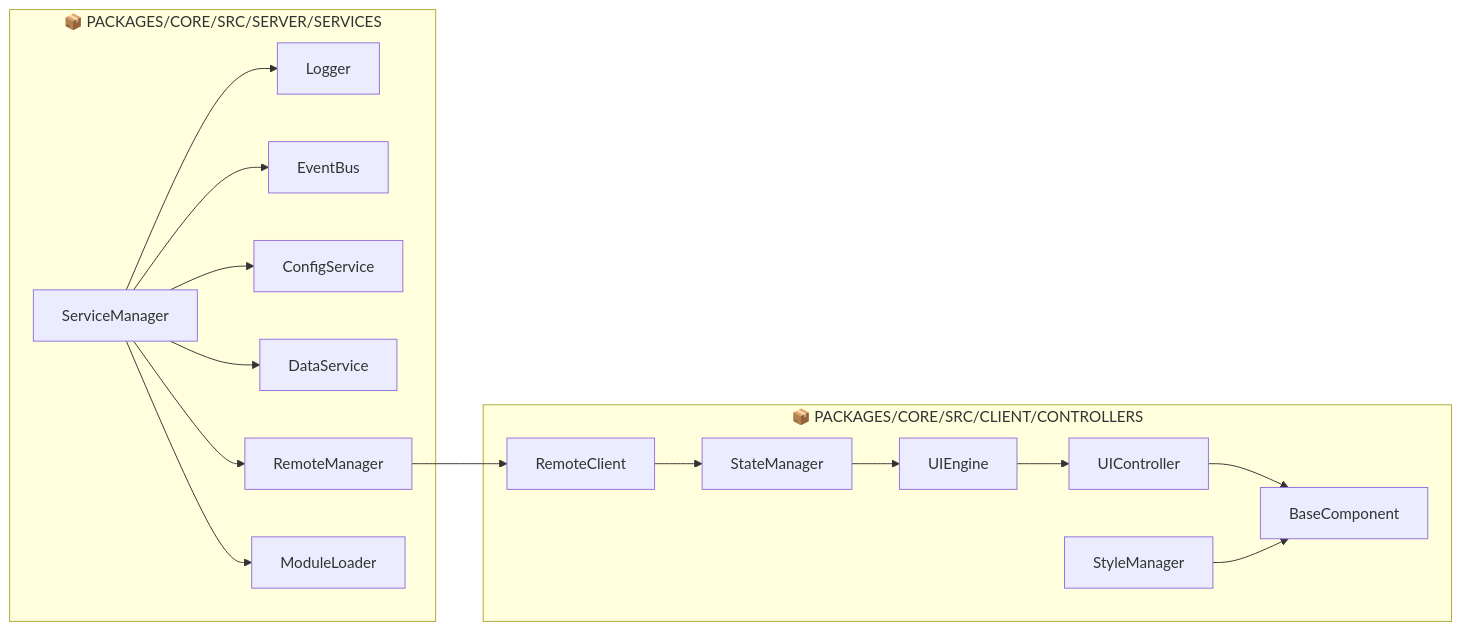
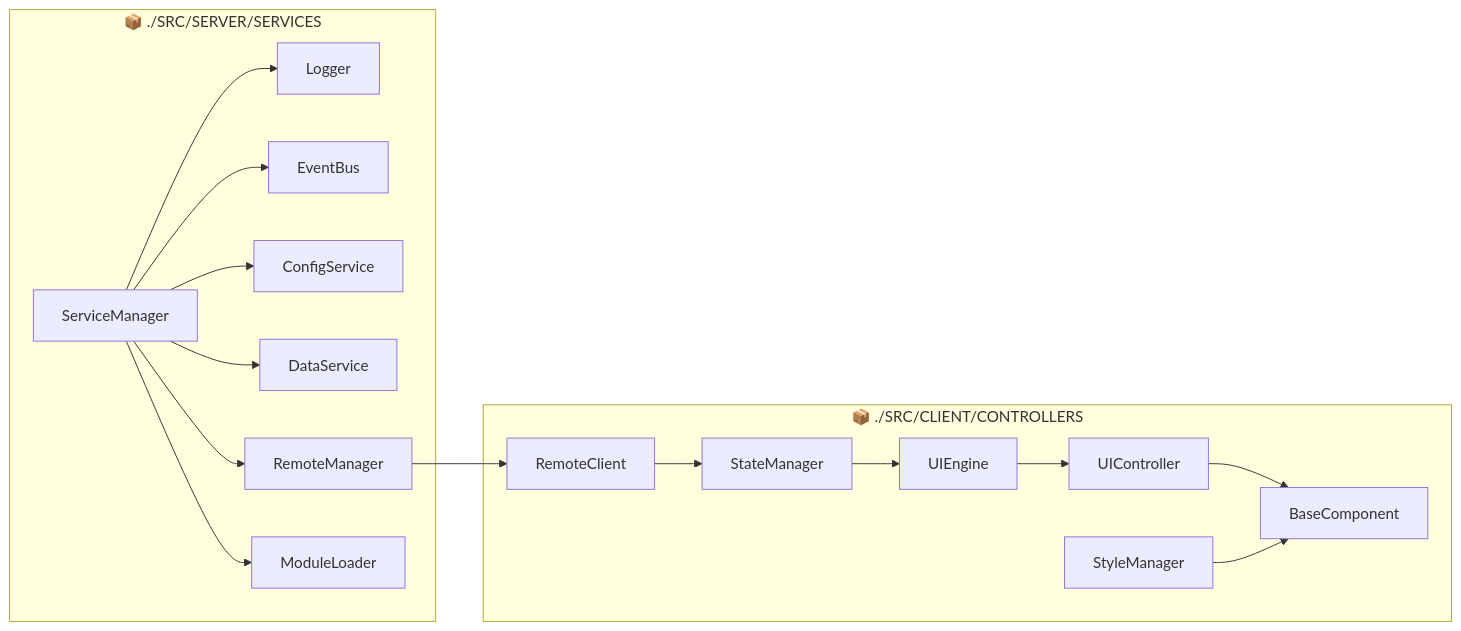
One commit to ovhlstudio/ovhl-roblox changed the diagram in docs/id/API_REFERENCE.md. Above: the diagram before and after it, drawn with Mermaid. The commit also changed other lines of this file and 24 other files, not shown here.

````diff
--- a/docs/id/API_REFERENCE.md
+++ b/docs/id/API_REFERENCE.md
@@ -31,34 +31,34 @@
 ```mermaid
 graph LR
-    subgraph "📦 PACKAGES/CORE/SRC/SERVER/SERVICES"
+    subgraph "📦 ./SRC/SERVER/SERVICES"
         SM[ServiceManager]
         LG[Logger]
         EB[EventBus]
         CF[ConfigService]
         DS[DataService]
         RM[RemoteManager]
         ML[ModuleLoader]
     end
 
-    subgraph "📦 PACKAGES/CORE/SRC/CLIENT/CONTROLLERS"
+    subgraph "📦 ./SRC/CLIENT/CONTROLLERS"
         RC[RemoteClient]
         ST[StateManager]
         UE[UIEngine]
         UC[UIController]
         SY[StyleManager]
         BC[BaseComponent]
     end
 
     SM --> LG
     SM --> EB
     SM --> CF
     SM --> DS
     SM --> RM
     SM --> ML
     RM --> RC
     RC --> ST
     ST --> UE
     UE --> UC
     UC --> BC
     SY --> BC
 ```
````
